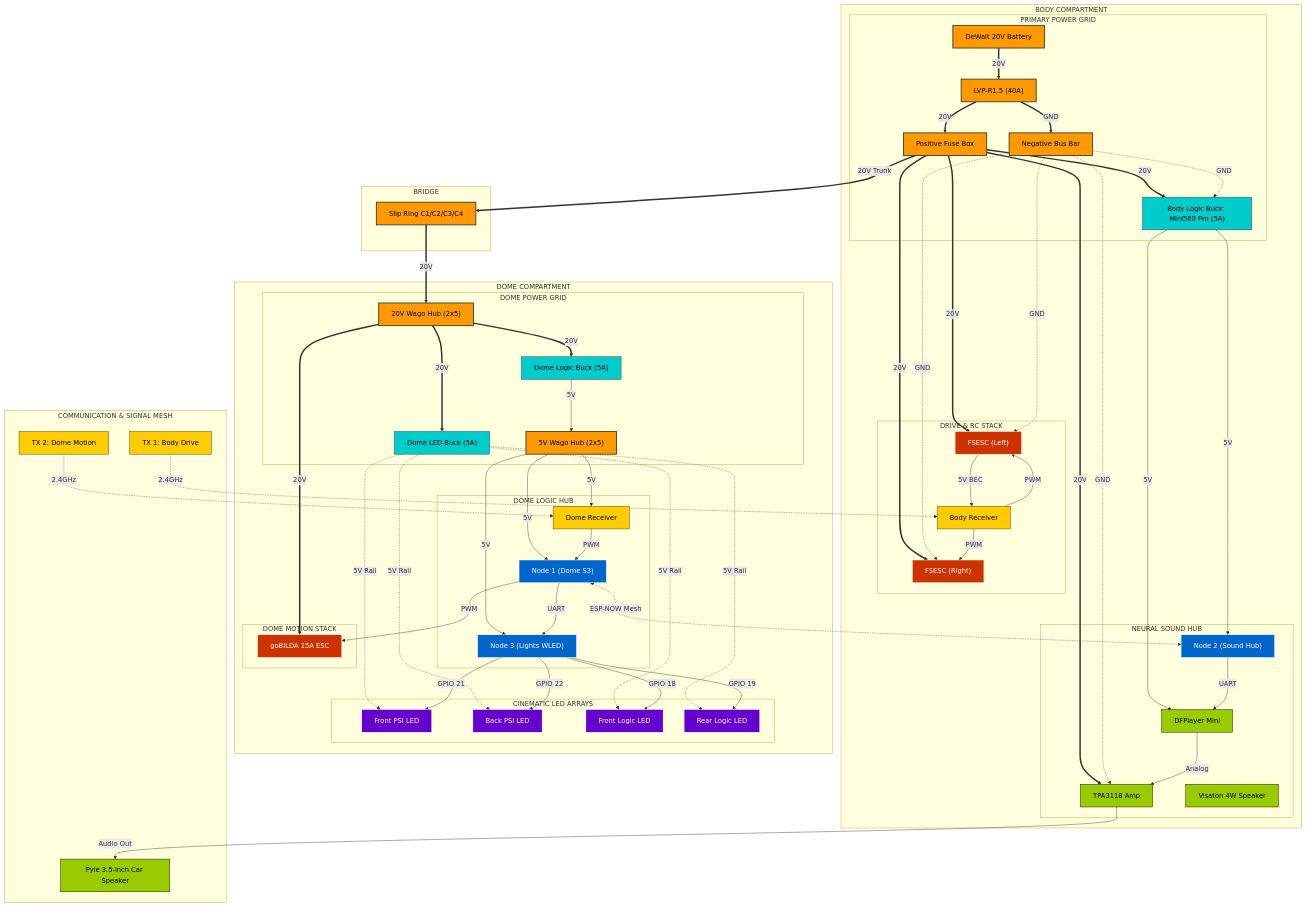
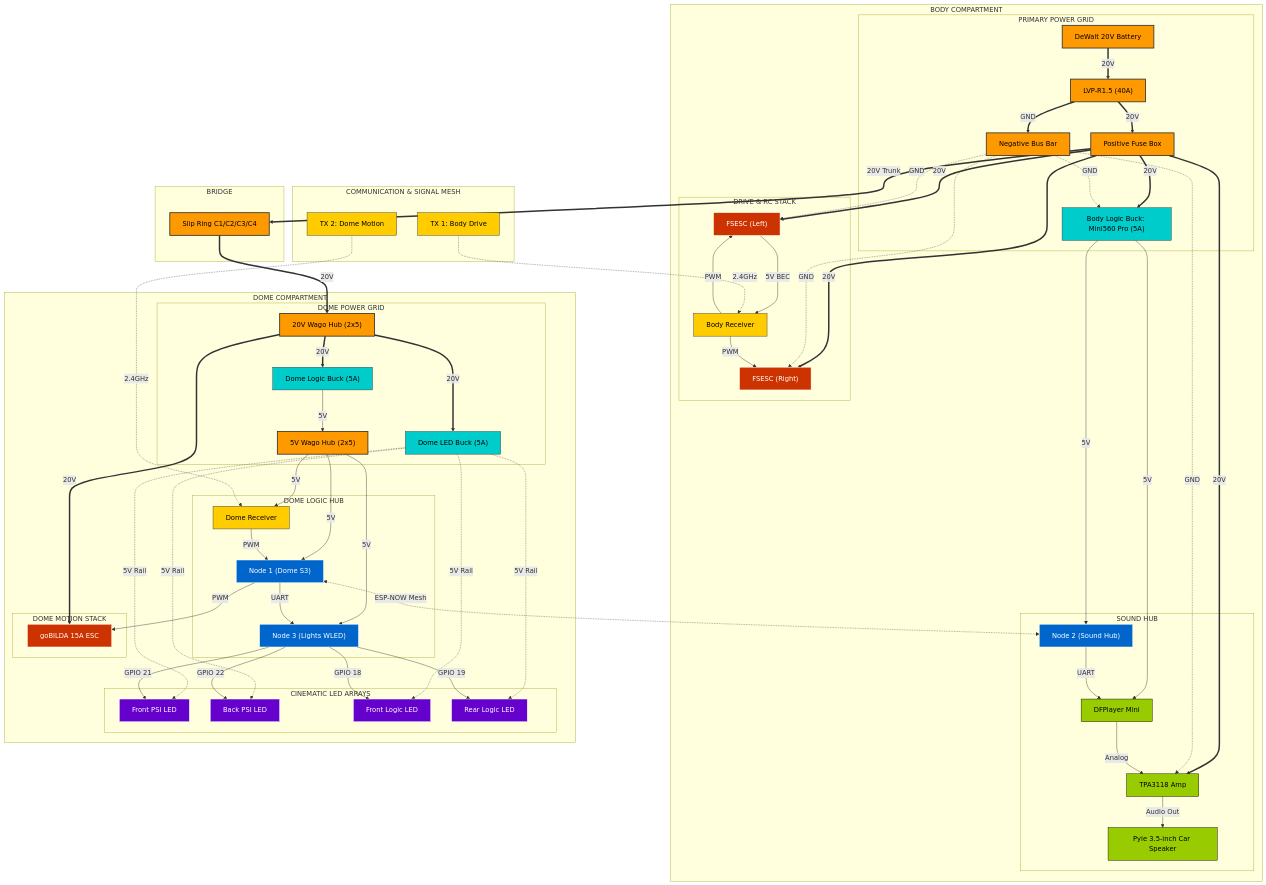
One commit to Ruzzler/Wee2-D2 changed the diagram in docs/architecture/electrical-schematic.md. Above: the diagram before and after it, drawn with Mermaid. The commit also changed 4 other files, not shown here.

Commit message:
docs: finalize 'Golden State' sync and Sound Hub rebranding

```diff
--- a/docs/architecture/electrical-schematic.md
+++ b/docs/architecture/electrical-schematic.md
@@ -27,11 +27,11 @@
       RC1["Body Receiver"]:::signal
     end
 
-    subgraph BODY_SOUND["NEURAL SOUND HUB"]
+    subgraph BODY_SOUND["SOUND HUB"]
       NODE_2["Node 2 (Sound Hub)"]:::brain
       AUDIO["DFPlayer Mini"]:::audio
       AMP["TPA3118 Amp"]:::audio
-      SPK["Visaton 4W Speaker"]:::audio
+      SPK2["Pyle 3.5-inch Car Speaker"]:::audio
     end
 
     POS_FUSE ==>|20V| ESC1
@@ -111,7 +111,7 @@
     
     NODE_2 -->|UART| AUDIO
     AUDIO -->|Analog| AMP
-    AMP -->|Audio Out| SPK2["Pyle 3.5-inch Car Speaker"]:::audio
+    AMP -->|Audio Out| SPK2
   end
 
   %% --- ABSOLUTE TERMINATION: Styling & Interaction ---
@@ -126,12 +126,12 @@
   click RC1 href "../hardware/hotrc-f06a-manual.md" "Body RC Receiver"
   click RC2 href "../hardware/hotrc-f06a-manual.md" "Dome RC Receiver"
   click NODE_1 href "node-1-dome-motion.md" "ESP32-S3 | Dome Master Movement Controller"
-  click NODE_2 href "node-2-sound-hub.md" "ESP32-S3 | Neural Command Gateway & Sound Hub"
+  click NODE_2 href "node-2-sound-hub.md" "ESP32-S3 | Tactical Command Gateway & Sound Hub"
   click NODE_3 href "node-3-led-distribution.md" "ESP32D | WLED Lighting Distribution Hub"
   click DOME_ESC href "../hardware/gobilda-motor-manual.md" "15A PWM Peak (30V Capable)"
   click BUCK_LOGIC href "../bill-of-materials.md" "Mini560 Pro (5A) Logic"
   click BUCK_LEDS href "../bill-of-materials.md" "Dedicated High-Current LED Supply (Mini560 Pro)"
-  click SPK href "../capabilities/lights-and-sounds/audio-system.md" "Pyle 60W RMS / 4 Ohm Driver"
+  click SPK2 href "../capabilities/lights-and-sounds/audio-system.md" "Pyle 60W RMS / 4 Ohm Driver"
 
   classDef power fill:#ff9900,stroke:#333,stroke-width:2px,color:#000
   classDef drive fill:#cc3300,stroke:#fff,color:#fff
```
